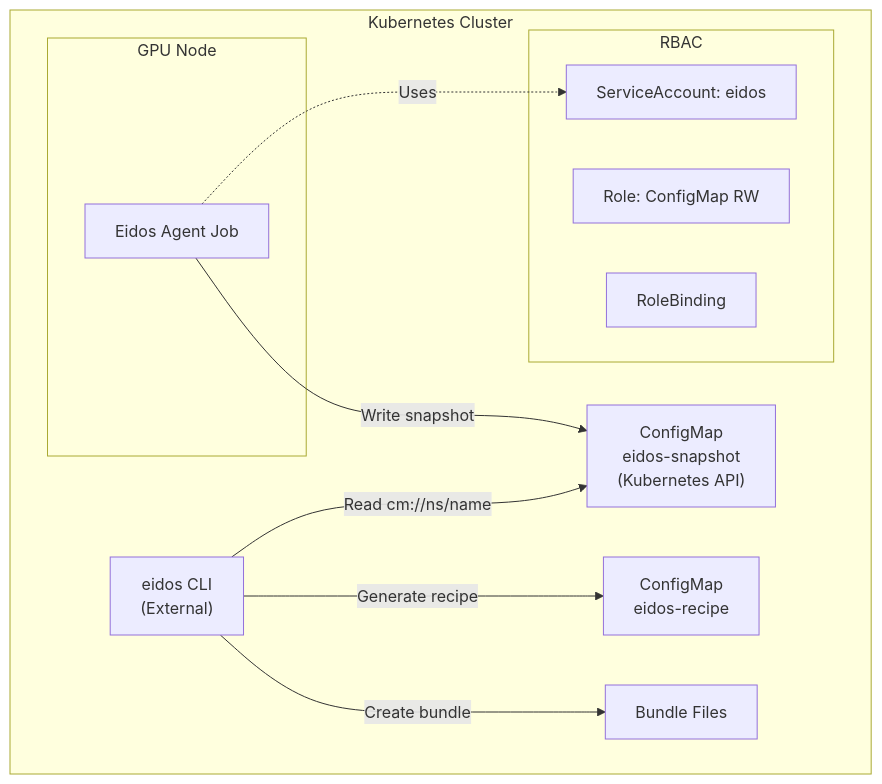
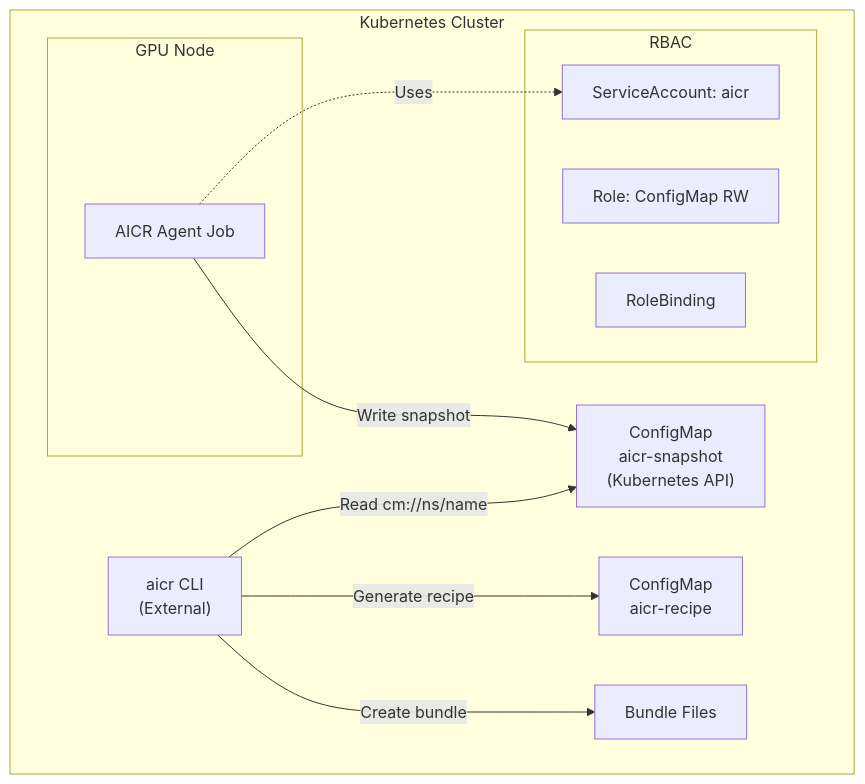
Before and after one commit to hkii/aicr: the third of 15 diagrams in docs/contributor/README.md, drawn with Mermaid. The commit also changed other lines of this file and 381 other files, not shown here.

First line of the commit message:
rename: eidos → aicr (AI Cluster Runtime)

````diff
--- a/docs/contributor/README.md
+++ b/docs/contributor/README.md
@@ -295,24 +295,24 @@
 ```mermaid
 flowchart TD
     subgraph K8S["Kubernetes Cluster"]
         direction LR
         
         subgraph NODE["GPU Node"]
-            JOB["Eidos Agent Job"] 
+            JOB["AICR Agent Job"] 
         end
         
-        JOB -->|"Write snapshot"| CM["ConfigMap<br/>eidos-snapshot<br/>(Kubernetes API)"]
+        JOB -->|"Write snapshot"| CM["ConfigMap<br/>aicr-snapshot<br/>(Kubernetes API)"]
         
-        CLI["eidos CLI<br/>(External)"] -->|"Read cm://ns/name"| CM
-        CLI -->|"Generate recipe"| RECIPE["ConfigMap<br/>eidos-recipe"]
+        CLI["aicr CLI<br/>(External)"] -->|"Read cm://ns/name"| CM
+        CLI -->|"Generate recipe"| RECIPE["ConfigMap<br/>aicr-recipe"]
         CLI -->|"Create bundle"| BUNDLE["Bundle Files"]
         
         subgraph RBAC["RBAC"]
-            SA["ServiceAccount: eidos"]
+            SA["ServiceAccount: aicr"]
             ROLE["Role: ConfigMap RW"]
             BIND["RoleBinding"]
         end
         
         JOB -.->|"Uses"| SA
     end
 ```
````
